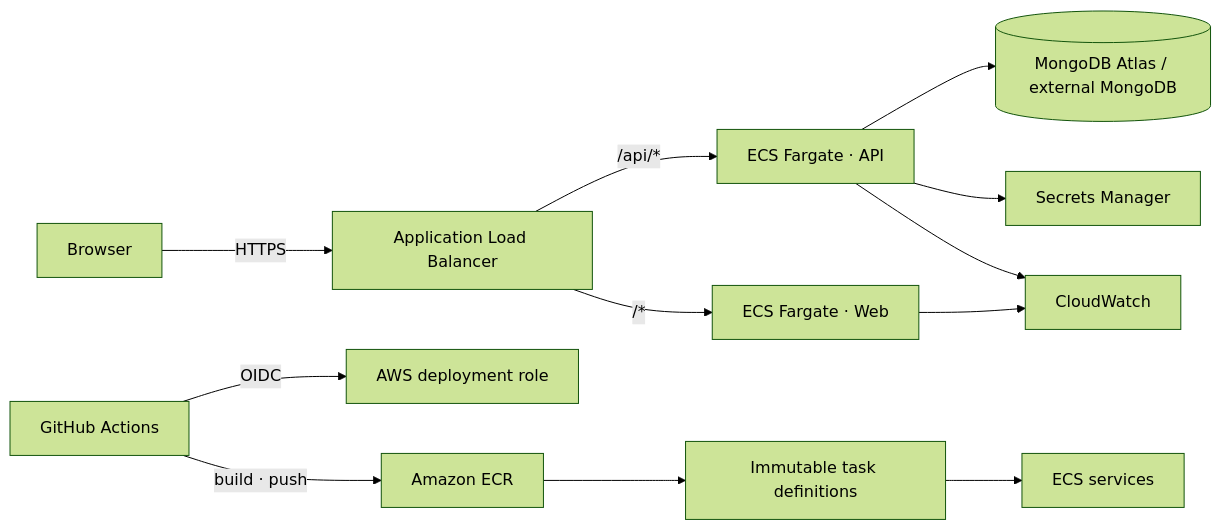
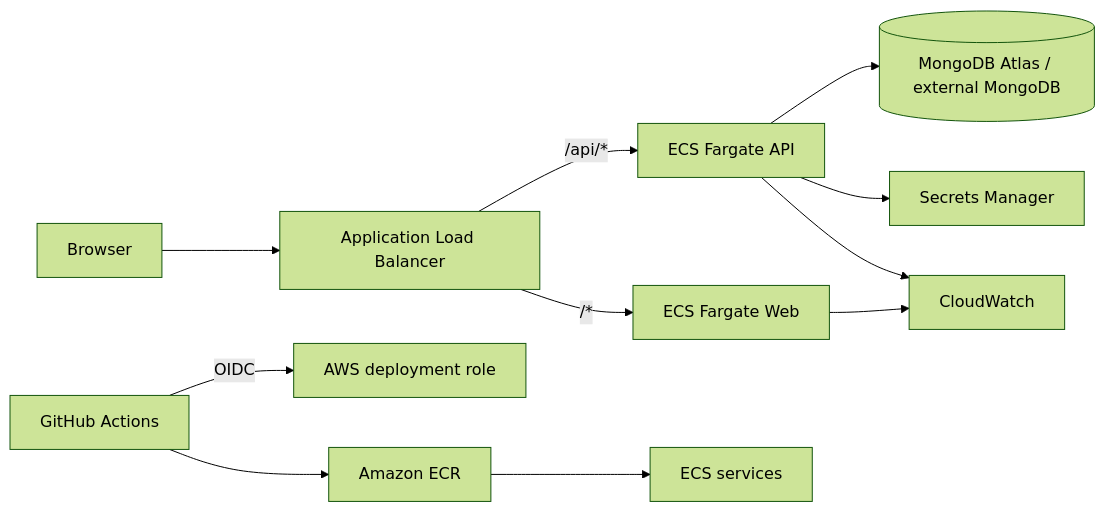
The diagram in README.md (S-charan120/homaid-aws-ecs), drawn with Mermaid (forest theme) before and after one commit. The commit also changed other lines of this file, not shown here.

````diff
--- a/README.md
+++ b/README.md
@@ -21,14 +21,13 @@
 ```mermaid
 flowchart LR
-  U[Browser] -->|HTTPS| ALB[Application Load Balancer]
-  ALB -->|/api/*| API[ECS Fargate · API]
-  ALB -->|/*| WEB[ECS Fargate · Web]
+  U[Browser] --> ALB[Application Load Balancer]
+  ALB -->|/api/*| API[ECS Fargate API]
+  ALB -->|/*| WEB[ECS Fargate Web]
   API --> DB[(MongoDB Atlas / external MongoDB)]
   API --> SM[Secrets Manager]
   API --> CW[CloudWatch]
   WEB --> CW
   GH[GitHub Actions] -->|OIDC| IAM[AWS deployment role]
-  GH -->|build · push| ECR[Amazon ECR]
-  ECR --> TD[Immutable task definitions]
-  TD --> ECS[ECS services]
+  GH --> ECR[Amazon ECR]
+  ECR --> ECS[ECS services]
 ```
````
